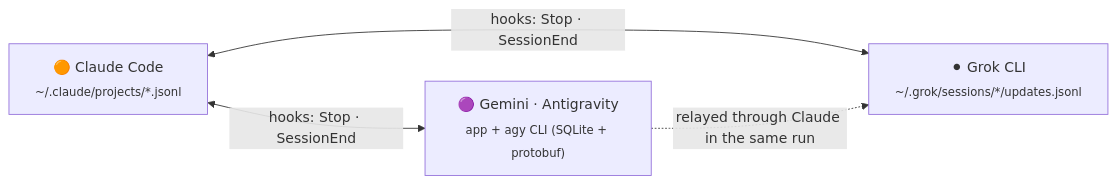
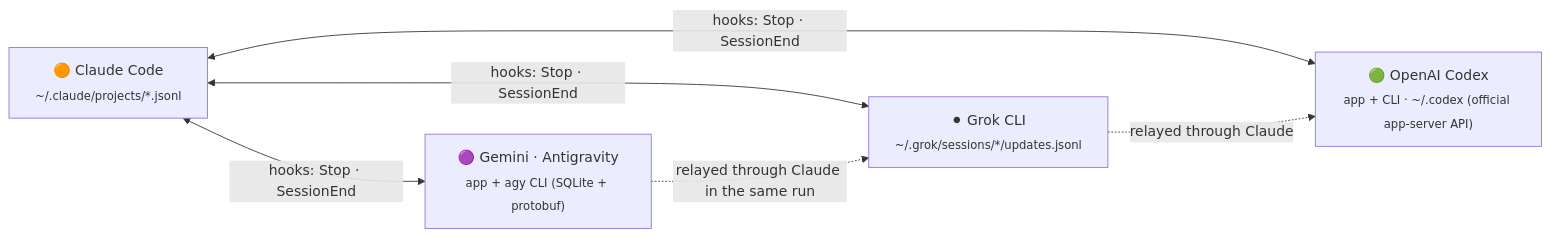
The diagram in README.md (mop4r/tagteam), drawn with Mermaid before and after one commit. The commit also changed other lines of this file and 16 other files, not shown here.

First line of the commit message:
Add OpenAI Codex (app and CLI): four-way conversation sync

````diff
--- a/README.md
+++ b/README.md
@@ -90,9 +93,12 @@
 ```mermaid
 flowchart LR
     C["🟠 Claude Code<br/><sub>~/.claude/projects/*.jsonl</sub>"]
     G["🟣 Gemini · Antigravity<br/><sub>app + agy CLI (SQLite + protobuf)</sub>"]
     K["⚫ Grok CLI<br/><sub>~/.grok/sessions/*/updates.jsonl</sub>"]
+    X["🟢 OpenAI Codex<br/><sub>app + CLI · ~/.codex (official app-server API)</sub>"]
     C <-- "hooks: Stop · SessionEnd" --> G
     C <-- "hooks: Stop · SessionEnd" --> K
+    C <-- "hooks: Stop · SessionEnd" --> X
     G -. "relayed through Claude in the same run" .-> K
+    K -. "relayed through Claude" .-> X
 ```
````
